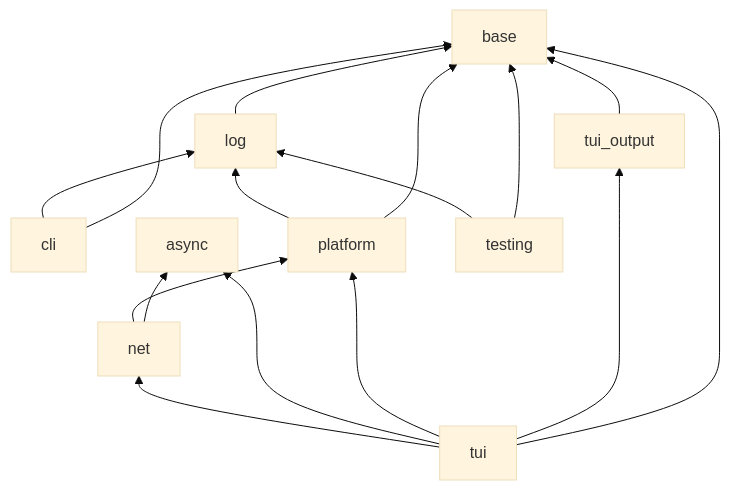
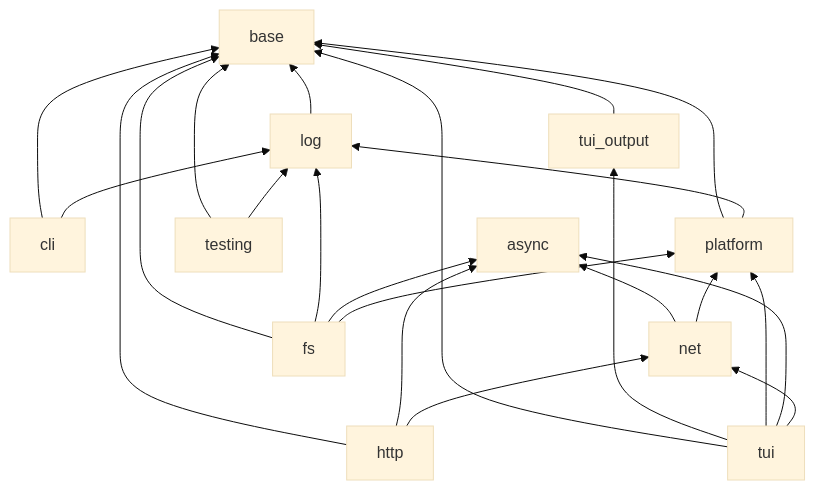
Before and after one commit to contour-terminal/core-cpp: the diagram in docs/modules/index.md, drawn with Mermaid (base theme). The commit also changed other lines of this file and 10 other files, not shown here.

````diff
--- a/docs/modules/index.md
+++ b/docs/modules/index.md
@@ -36,18 +38,25 @@
 ```mermaid
 graph BT
     log --> base
     cli --> base
     cli --> log
     platform --> base
     platform --> log
     net --> async
     net --> platform
+    fs --> base
+    fs --> log
+    fs --> async
+    fs --> platform
+    http --> base
+    http --> async
+    http --> net
     tui_output --> base
     tui --> base
     tui --> tui_output
     tui --> platform
     tui --> async
     tui --> net
     testing --> base
     testing --> log
 ```
````
